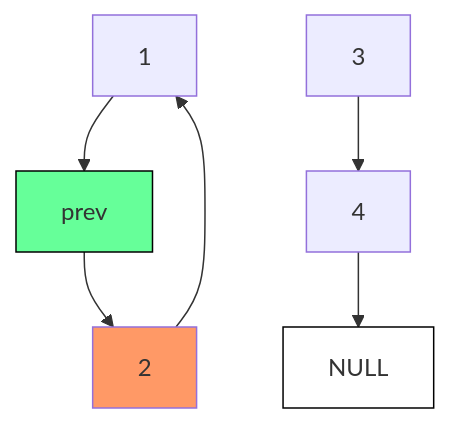
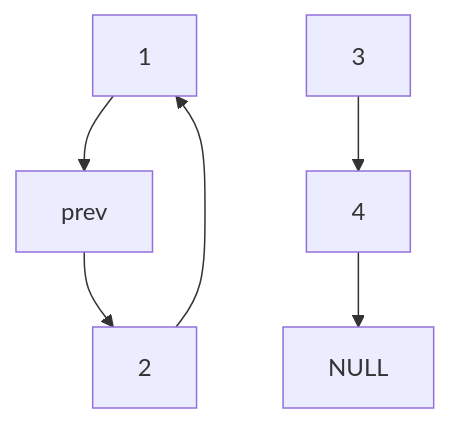
Before and after one commit to robenkleene/development-references: the third of 6 diagrams in computer-science/linked-list-reverse.md, drawn with Mermaid. The commit also changed other lines of this file, not shown here.

`````diff
--- a/computer-science/linked-list-reverse.md
+++ b/computer-science/linked-list-reverse.md
@@ -60,11 +56,8 @@
 ``` mermaid
 graph TD
     A[1] --> prev
     prev --> B[2]
     B --> A
     C[3] --> D[4]
     D --> NULL
-    style B fill:#f96
-    style prev fill:#6f9,stroke:#000
-    style NULL fill:#fff,stroke:#000
-````
+```
`````
